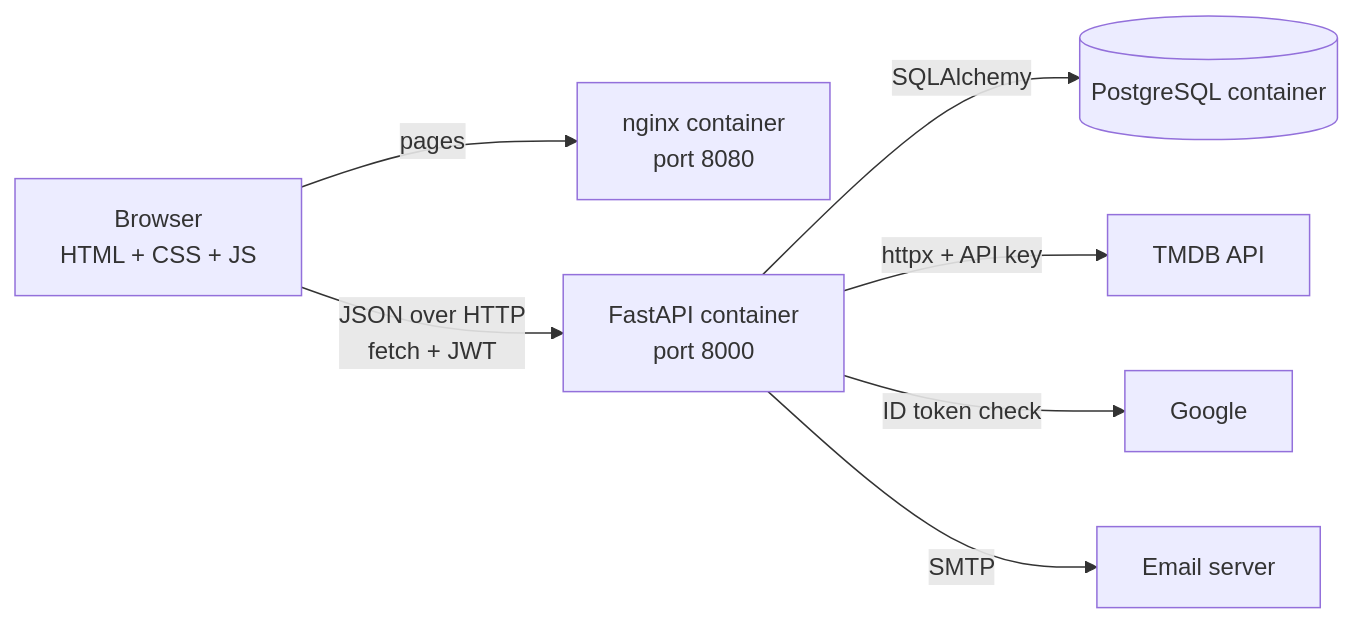
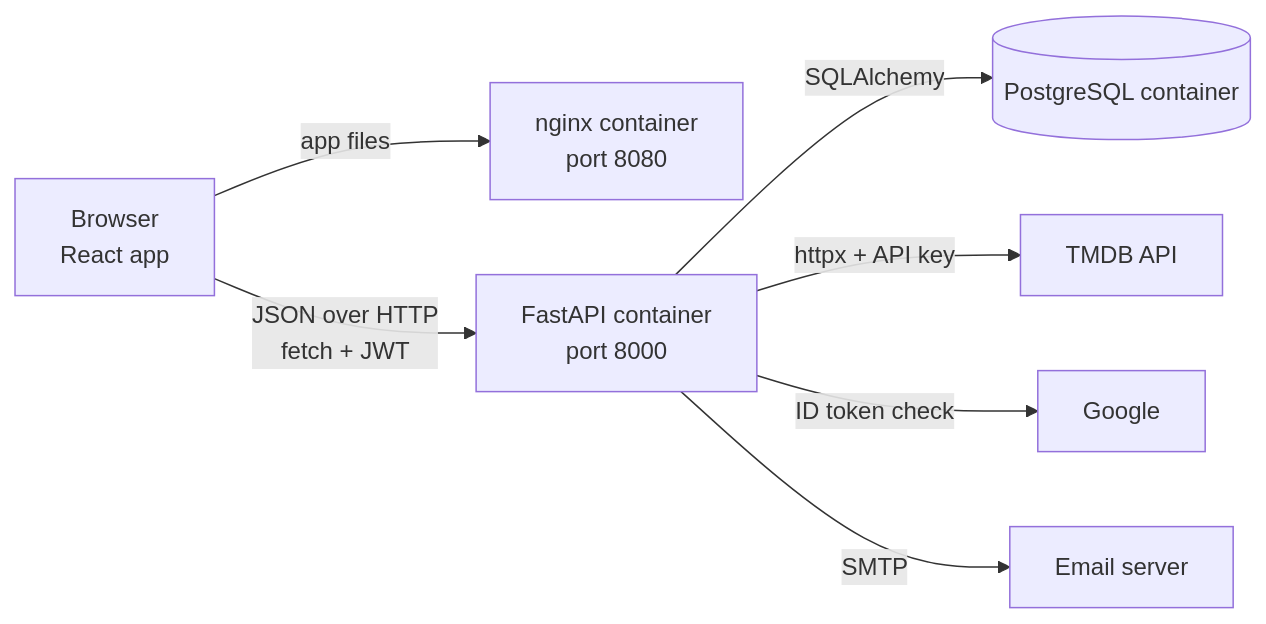
Before and after one commit to moshA-B/framerate: the first of 5 diagrams in docs/project-book.md, drawn with Mermaid. The commit also changed other lines of this file and 65 other files, not shown here.

Commit message:
removed html to react

````diff
--- a/docs/project-book.md
+++ b/docs/project-book.md
@@ -35,9 +35,9 @@
 ```mermaid
 flowchart LR
-    B[Browser<br/>HTML + CSS + JS] -->|pages| N[nginx container<br/>port 8080]
+    B[Browser<br/>React app] -->|app files| N[nginx container<br/>port 8080]
     B -->|JSON over HTTP<br/>fetch + JWT| A[FastAPI container<br/>port 8000]
     A -->|SQLAlchemy| D[(PostgreSQL container)]
     A -->|httpx + API key| T[TMDB API]
     A -->|ID token check| G[Google]
     A -->|SMTP| M[Email server]
 ```
````
